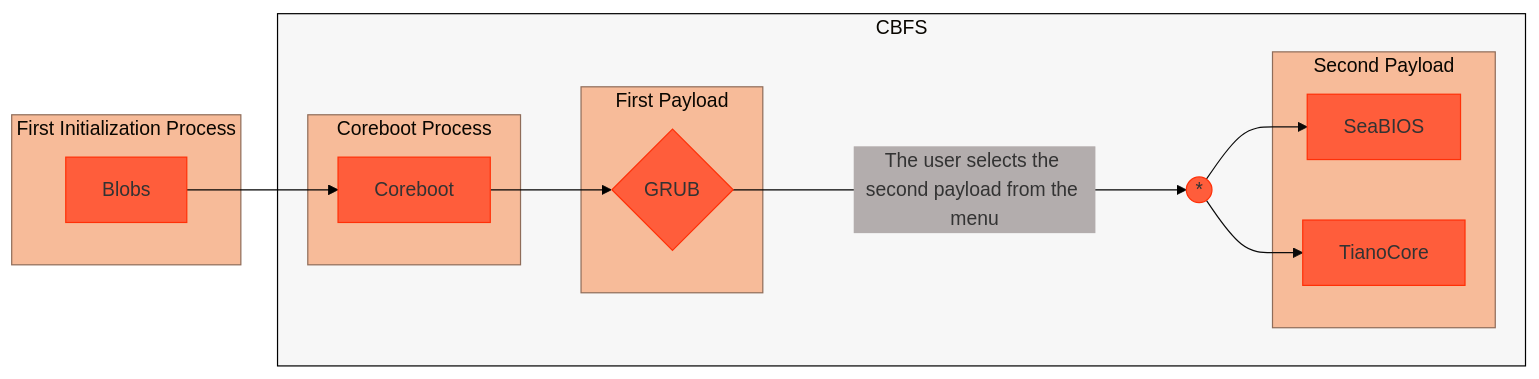
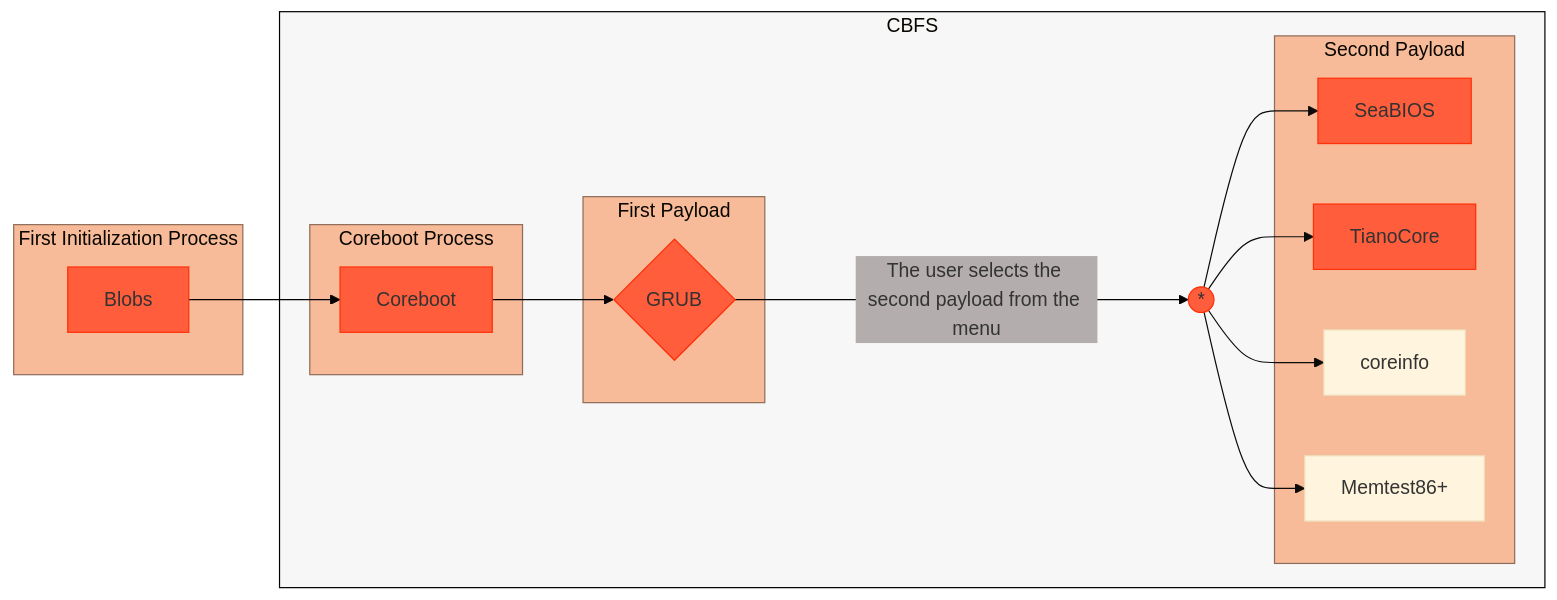
One commit to Ch3ckm4t3C1ph3r/Lenovo-Ideapad-320-14ISK-_Coreboot-Adaptation_ changed the diagram in README.md. Above: the diagram before and after it, drawn with Mermaid.

Commit message:
Update payload options in README
Added coreinfo and Memtest86+ to the second payload options.

````diff
--- a/README.md
+++ b/README.md
@@ -125,46 +125,46 @@
 ```mermaid
 ---
 config:
   theme: 'base'
   themeVariables:
     edgeLabelBackground: '#B3ADAD'
 ---
 flowchart LR;
     %% Definition of style (and class of style) of each element by id (or by class name)
     style cbfs fill:#f7f7f7,stroke:#000000,stroke-width:1px;
     classDef sbgStyle fill:#F7BB99,stroke:#8F6C59,stroke-width:1px
     classDef nodeStyle fill:#FF5D3B,stroke:#FF3008,stroke-width:1px
     classDef edgeStyle fill:#000000,stroke:#000000,stroke-width:1px
     
         direction LR
 
         %% Not publicly documented boot process
         subgraph sbg1[First Initialization Process]
           n1[Blobs]
         end
 
         n1[Blobs] e1@--> n2[Coreboot]
 
     subgraph cbfs[CBFS]
         subgraph sbg2[Coreboot Process]
           n2[Coreboot]
         end
     
         n2[Coreboot] e2@--> p1{GRUB}
     
         subgraph sbg3[First Payload]
           p1{GRUB}
         end
         
-        p1{GRUB} e3@---->|The user selects the second payload from the menu|UNION((*)) e4@--> p2_1[SeaBIOS] & p2_2[TianoCore]
+        p1{GRUB} e3@---->|The user selects the second payload from the menu|UNION((*)) e4@--> p2_1[SeaBIOS] & p2_2[TianoCore] & p2_3[coreinfo] & p2_4[Memtest86+]
     
         subgraph sbg4[Second Payload]
-          p2_1[SeaBIOS] & p2_2[TianoCore]
+          p2_1[SeaBIOS] & p2_2[TianoCore] & p2_3[coreinfo] & p2_4[Memtest86+]
         end
     end
 
     %% Defining the members of each class
     class sbg1,sbg2,sbg3,sbg4 sbgStyle
     class n1,n2,p1,p2_1,p2_2,UNION nodeStyle
     class e1,e2,e3 edgeStyle
 ```
````
